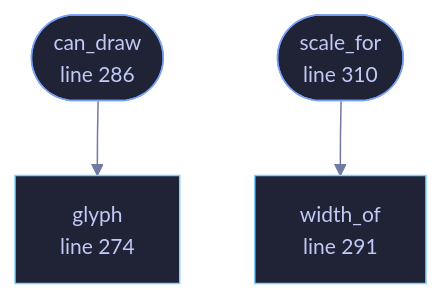
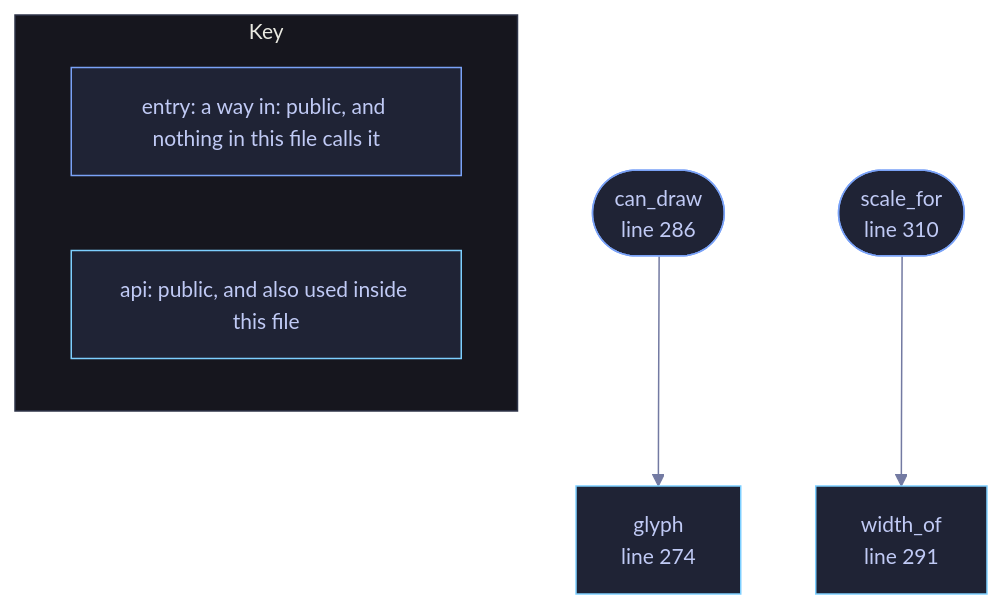
One commit to tilas01/veilvoice changed the diagram in docs/files/veilvoice-video/font.md. Above: the diagram before and after it, drawn with Mermaid. The commit also changed 1510 other files, not shown here.

First line of the commit message:
Regenerate the documentation, wiki, site, graphs and measured numbers

````diff
--- a/docs/files/veilvoice-video/font.md
+++ b/docs/files/veilvoice-video/font.md
@@ -99,18 +99,25 @@
 ```mermaid
 %%{init: {"theme":"base","themeVariables":{"background":"#1a1b26","primaryColor":"#1f2335","primaryTextColor":"#c0caf5","primaryBorderColor":"#7aa2f7","secondaryColor":"#16161e","tertiaryColor":"#16161e","lineColor":"#737aa2","textColor":"#c0caf5","mainBkg":"#1f2335","nodeBorder":"#7aa2f7","clusterBkg":"#16161e","clusterBorder":"#2f3549","fontFamily":"ui-monospace, SFMono-Regular, Consolas, monospace","fontSize":"14px"}}}%%
 flowchart TD
     n_glyph["glyph<br/>line 274"]
     n_can_draw(["can_draw<br/>line 286"])
     n_width_of["width_of<br/>line 291"]
     n_scale_for(["scale_for<br/>line 310"])
     n_can_draw --> n_glyph
     n_scale_for --> n_width_of
     click n_glyph href "https://github.com/tilas01/veilvoice/blob/main/crates/veilvoice-video/src/font.rs#L274" "open the source"
     click n_can_draw href "https://github.com/tilas01/veilvoice/blob/main/crates/veilvoice-video/src/font.rs#L286" "open the source"
     click n_width_of href "https://github.com/tilas01/veilvoice/blob/main/crates/veilvoice-video/src/font.rs#L291" "open the source"
     click n_scale_for href "https://github.com/tilas01/veilvoice/blob/main/crates/veilvoice-video/src/font.rs#L310" "open the source"
     classDef entry fill:#1f2335,stroke:#7aa2f7,color:#c0caf5
     class n_can_draw,n_scale_for entry
     classDef api fill:#1f2335,stroke:#7dcfff,color:#c0caf5
     class n_glyph,n_width_of api
+    subgraph chart_key ["Key"]
+        direction LR
+        key_entry["entry: a way in: public, and nothing in this file calls it"]
+        key_api["api: public, and also used inside this file"]
+    end
+    class key_entry entry
+    class key_api api
 ```
````
